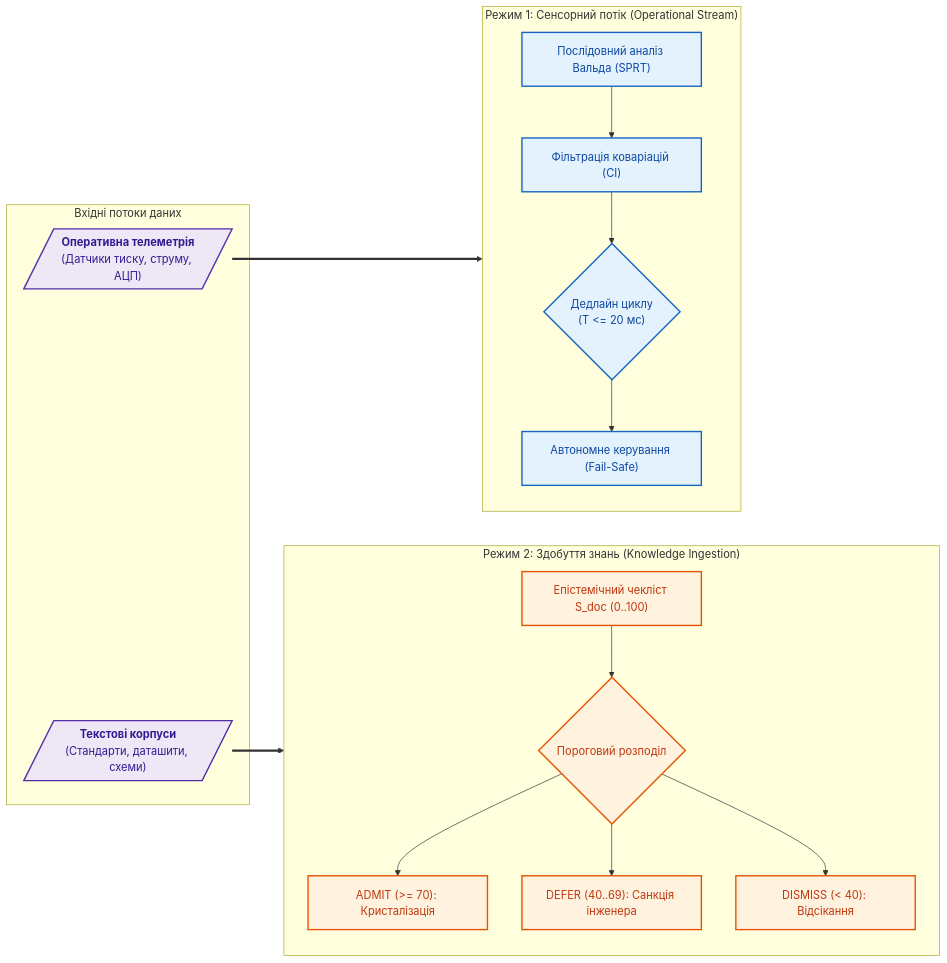
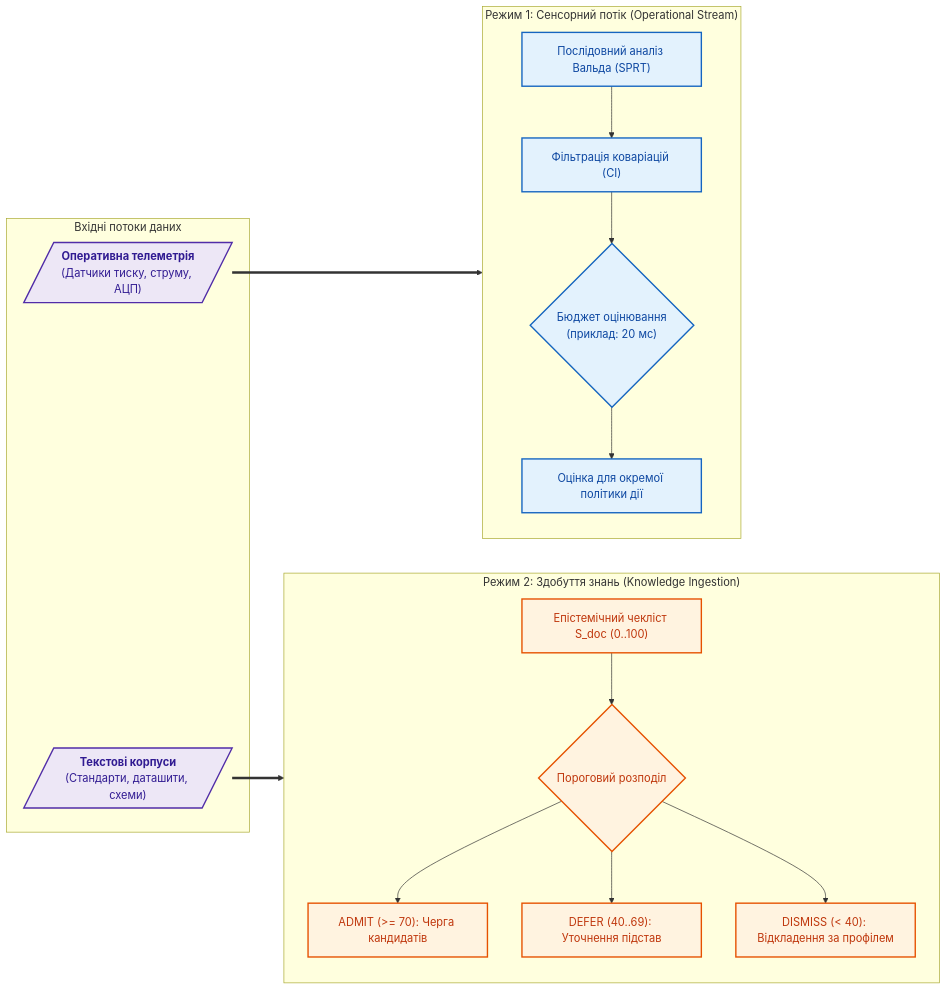
One commit to nick-fedchik/articles changed the second of 6 diagrams in ExpertSystem/ch37-input-information-assessment-and-algorithmic-skepticism.md. Above: the diagram before and after it, drawn with Mermaid. The commit also changed other lines of this file and 7 other files, not shown here.

````diff
--- a/ExpertSystem/ch37-input-information-assessment-and-algorithmic-skepticism.md
+++ b/ExpertSystem/ch37-input-information-assessment-and-algorithmic-skepticism.md
@@ -335,45 +405,45 @@
 ```mermaid
 flowchart LR
     accTitle: Дуалізм вхідного оцінювання експертної системи
     accDescr: Розділення обробки на оперативну сенсорну телеметрію реального часу та семантичне здобуття знань із корпусів.
 
     subgraph Ingress["Вхідні потоки даних"]
         Telemetry[/"<b>Оперативна телеметрія</b><br/>(Датчики тиску, струму, АЦП)"/]
         Corpus[/"<b>Текстові корпуси</b><br/>(Стандарти, даташити, схеми)"/]
     end
 
     subgraph StreamEngine["Режим 1: Сенсорний потік (Operational Stream)"]
         direction TB
         SPRT["Послідовний аналіз Вальда (SPRT)"]
         CI["Фільтрація коваріацій (CI)"]
-        FTTI{"Дедлайн циклу<br/>(T <= 20 мс)"}
-        ActFast["Автономне керування (Fail-Safe)"]
+        FTTI{"Бюджет оцінювання<br/>(приклад: 20 мс)"}
+        ActFast["Оцінка для окремої політики дії"]
         
         SPRT --> CI --> FTTI --> ActFast
     end
 
     subgraph IngestEngine["Режим 2: Здобуття знань (Knowledge Ingestion)"]
         direction TB
         Scorecard["Епістемічний чекліст S_doc (0..100)"]
         Gate{"Пороговий розподіл"}
-        Admit["ADMIT (>= 70): Кристалізація"]
-        Defer["DEFER (40..69): Санкція інженера"]
-        Dismiss["DISMISS (< 40): Відсікання"]
+        Admit["ADMIT (>= 70): Черга кандидатів"]
+        Defer["DEFER (40..69): Уточнення підстав"]
+        Dismiss["DISMISS (< 40): Відкладення за профілем"]
         
         Scorecard --> Gate
         Gate --> Admit
         Gate --> Defer
         Gate --> Dismiss
     end
 
     Telemetry ==> StreamEngine
     Corpus ==> IngestEngine
 
     classDef inStyle fill:#ede7f6,stroke:#512da8,stroke-width:2px,color:#311b92;
     classDef streamStyle fill:#e3f2fd,stroke:#1565c0,stroke-width:2px,color:#0d47a1;
     classDef ingestStyle fill:#fff3e0,stroke:#e65100,stroke-width:2px,color:#bf360c;
 
     class Telemetry,Corpus inStyle;
     class SPRT,CI,FTTI,ActFast streamStyle;
     class Scorecard,Gate,Admit,Defer,Dismiss ingestStyle;
 ```
````
